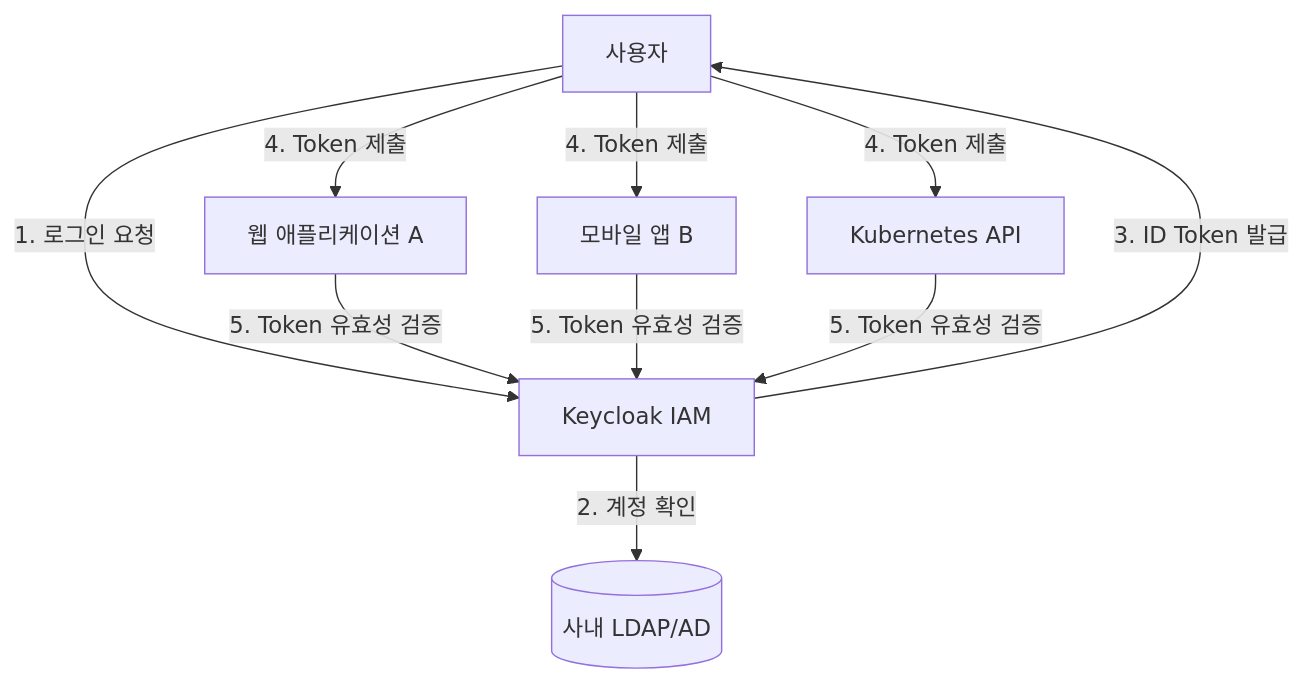
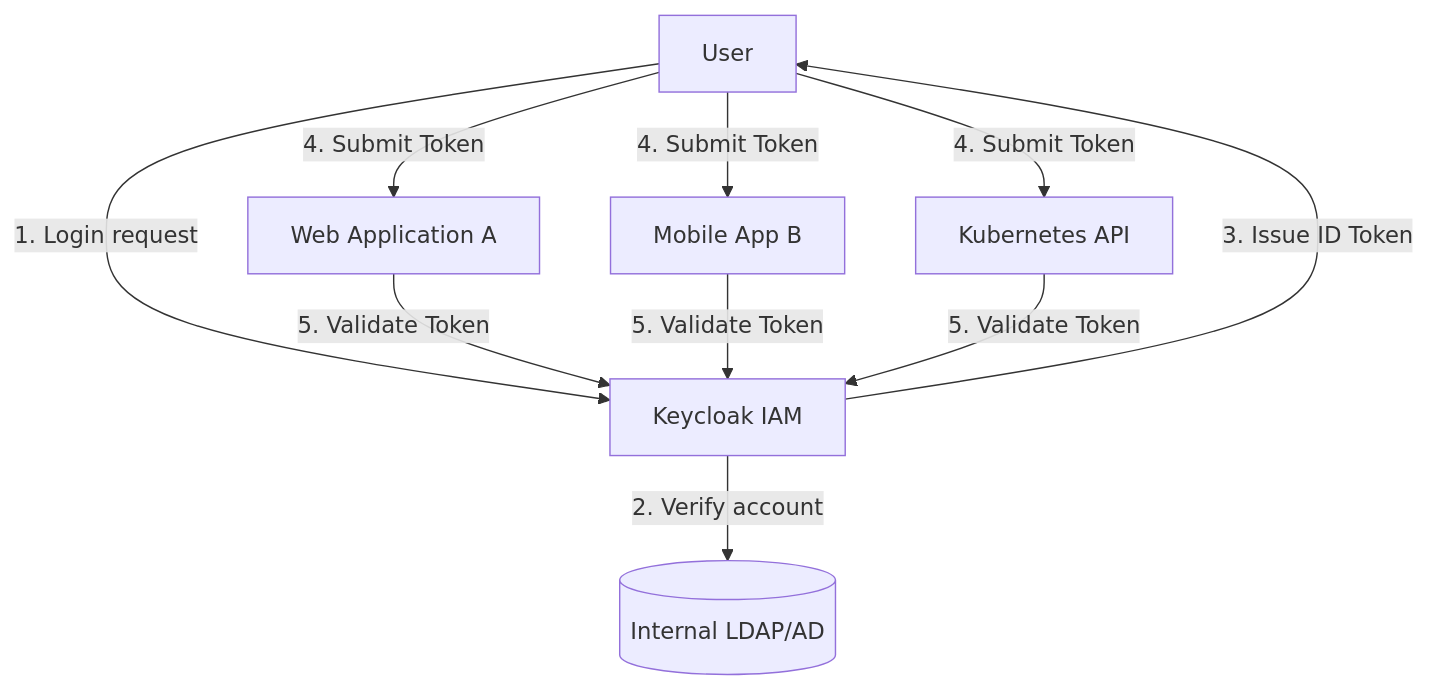
The diagram in content/security/05-advanced/38-keycloak-setup-guide.md (jeonck/k8s-adv), drawn with Mermaid before and after one commit. The commit also changed other lines of this file and 223 other files, not shown here.

````diff
--- a/content/security/05-advanced/38-keycloak-setup-guide.md
+++ b/content/security/05-advanced/38-keycloak-setup-guide.md
@@ -30,19 +30,19 @@
 ```mermaid
 graph TD
-    User[사용자]
+    User[User]
     KC[Keycloak IAM]
-    App1[웹 애플리케이션 A]
-    App2[모바일 앱 B]
+    App1[Web Application A]
+    App2[Mobile App B]
     App3[Kubernetes API]
-    LDAP[(사내 LDAP/AD)]
+    LDAP[(Internal LDAP/AD)]
 
-    User -- "1. 로그인 요청" --> KC
-    KC -- "2. 계정 확인" --> LDAP
-    KC -- "3. ID Token 발급" --> User
+    User -- "1. Login request" --> KC
+    KC -- "2. Verify account" --> LDAP
+    KC -- "3. Issue ID Token" --> User
     
-    User -- "4. Token 제출" --> App1
-    User -- "4. Token 제출" --> App2
-    User -- "4. Token 제출" --> App3
+    User -- "4. Submit Token" --> App1
+    User -- "4. Submit Token" --> App2
+    User -- "4. Submit Token" --> App3
     
-    App1 & App2 & App3 -- "5. Token 유효성 검증" --> KC
+    App1 & App2 & App3 -- "5. Validate Token" --> KC
 ```
````
